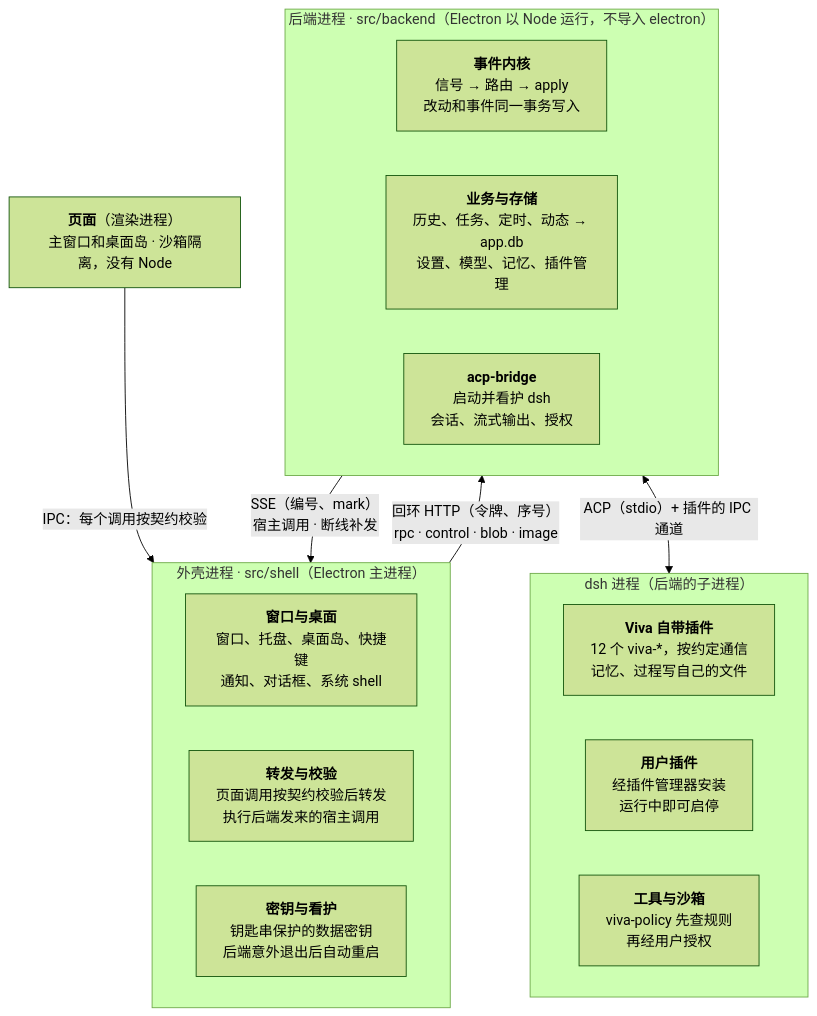
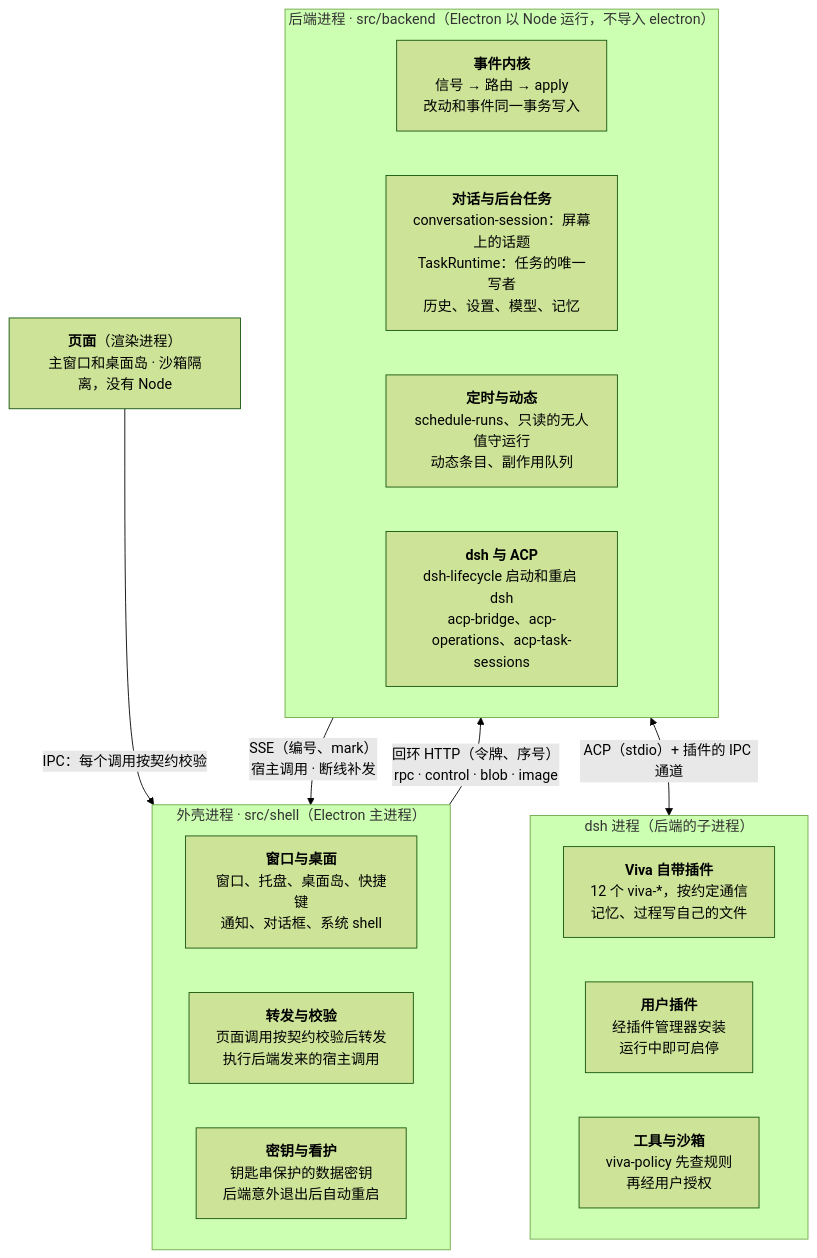
The diagram in docs/system-design.zh-CN.md (JNS0724/Viva), drawn with Mermaid (forest theme) before and after one commit. The commit also changed other lines of this file and 8 other files, not shown here.

First line of the commit message:
docs: bring the architecture docs up to #101

````diff
--- a/docs/system-design.zh-CN.md
+++ b/docs/system-design.zh-CN.md
@@ -24,23 +24,24 @@
 ```mermaid
 flowchart TB
   pages["<b>页面</b>（渲染进程）<br/>主窗口和桌面岛 · 沙箱隔离，没有 Node"]
   subgraph shell["外壳进程 · src/shell（Electron 主进程）"]
     s1["<b>窗口与桌面</b><br/>窗口、托盘、桌面岛、快捷键<br/>通知、对话框、系统 shell"]
     s2["<b>转发与校验</b><br/>页面调用按契约校验后转发<br/>执行后端发来的宿主调用"]
     s3["<b>密钥与看护</b><br/>钥匙串保护的数据密钥<br/>后端意外退出后自动重启"]
   end
   subgraph backend["后端进程 · src/backend（Electron 以 Node 运行，不导入 electron）"]
     b1["<b>事件内核</b><br/>信号 → 路由 → apply<br/>改动和事件同一事务写入"]
-    b2["<b>业务与存储</b><br/>历史、任务、定时、动态 → app.db<br/>设置、模型、记忆、插件管理"]
-    b3["<b>acp-bridge</b><br/>启动并看护 dsh<br/>会话、流式输出、授权"]
+    b2["<b>对话与后台任务</b><br/>conversation-session：屏幕上的话题<br/>TaskRuntime：任务的唯一写者<br/>历史、设置、模型、记忆"]
+    b3["<b>定时与动态</b><br/>schedule-runs、只读的无人值守运行<br/>动态条目、副作用队列"]
+    b4["<b>dsh 与 ACP</b><br/>dsh-lifecycle 启动和重启 dsh<br/>acp-bridge、acp-operations、acp-task-sessions"]
   end
   subgraph dsh["dsh 进程（后端的子进程）"]
     d1["<b>Viva 自带插件</b><br/>12 个 viva-*，按约定通信<br/>记忆、过程写自己的文件"]
     d2["<b>用户插件</b><br/>经插件管理器安装<br/>运行中即可启停"]
     d3["<b>工具与沙箱</b><br/>viva-policy 先查规则<br/>再经用户授权"]
   end
   pages -- "IPC：每个调用按契约校验" --> shell
   shell -- "回环 HTTP（令牌、序号）<br/>rpc · control · blob · image" --> backend
   backend -- "SSE（编号、mark）<br/>宿主调用 · 断线补发" --> shell
   backend <-->|"ACP（stdio）+ 插件的 IPC 通道"| dsh
 ```
````
